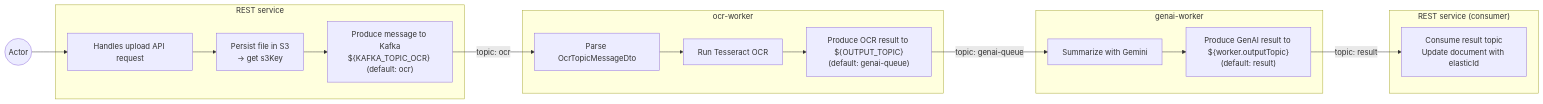
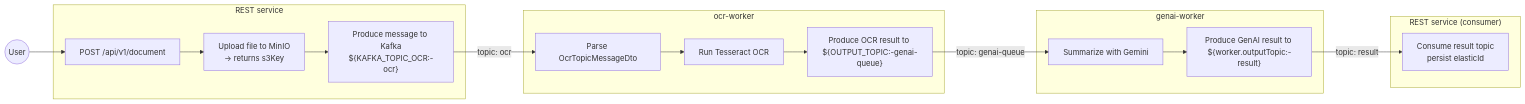
One commit to fabio-anzola/swen3-paperless changed the diagram in documentation/uploadDocument.mermaid. Above: the diagram before and after it, drawn with Mermaid. The commit also changed 1 other file, not shown here.

Commit message:
Update Mermaid diagrams for shareable link and upload flows
Refined REST API endpoints, terminology, and storage references in shareableLink.mermaid and uploadDocument.mermaid diagrams. Updated S3 references to MinIO, clarified API endpoints, and improved environment variable notation for Kafka topics.

```diff
--- a/documentation/uploadDocument.mermaid
+++ b/documentation/uploadDocument.mermaid
@@ -1,28 +1,28 @@
 flowchart LR
-  actor((Actor))
+  actor((User))
 
   subgraph REST["REST service"]
-    api["Handles upload API request"]
-    s3["Persist file in S3<br/>→ get s3Key"]
-    toOcr["Produce message to Kafka<br/>${KAFKA_TOPIC_OCR} (default: ocr)"]
+    api["POST /api/v1/document"]
+    s3["Upload file to MinIO<br/>-> returns s3Key"]
+    toOcr["Produce message to Kafka<br/>${KAFKA_TOPIC_OCR:-ocr}"]
   end
 
   subgraph OCR["ocr-worker"]
     parseOcr["Parse OcrTopicMessageDto"]
     doOcr["Run Tesseract OCR"]
-    toGenAI["Produce OCR result to ${OUTPUT_TOPIC}<br/>(default: genai-queue)"]
+    toGenAI["Produce OCR result to ${OUTPUT_TOPIC:-genai-queue}"]
   end
 
   subgraph GENAI["genai-worker"]
     summarize["Summarize with Gemini"]
-    toResult["Produce GenAI result to ${worker.outputTopic}<br/>(default: result)"]
+    toResult["Produce GenAI result to ${worker.outputTopic:-result}"]
   end
 
   subgraph REST_CONS["REST service (consumer)"]
-    consume["Consume result topic<br/>Update document with elasticId"]
+    consume["Consume result topic<br/>persist elasticId"]
   end
 
   actor --> api --> s3 --> toOcr
   toOcr -->|topic: ocr| parseOcr --> doOcr --> toGenAI
   toGenAI -->|topic: genai-queue| summarize --> toResult
   toResult -->|topic: result| consume
```
